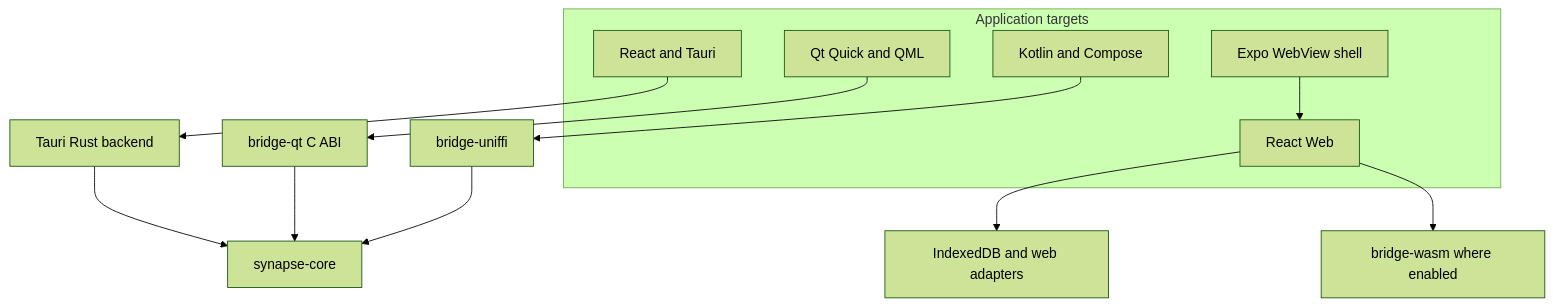
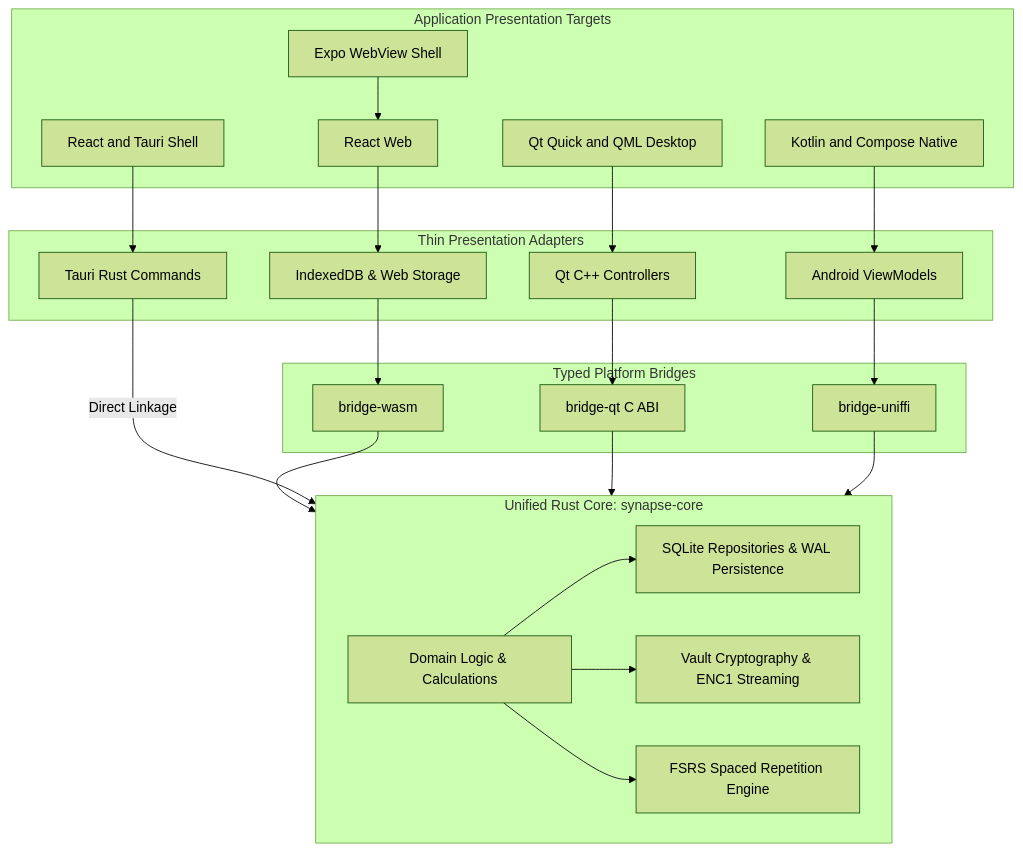
Before and after one commit to Vinicius-DEV1/synapse: the diagram in README.md, drawn with Mermaid (forest theme). The commit also changed other lines of this file and 18 other files, not shown here.

First line of the commit message:
docs(arch): define unified core SSOT guidelines and deduplication blueprint

````diff
--- a/README.md
+++ b/README.md
@@ -80,19 +80,51 @@
 ```mermaid
 flowchart TB
-  subgraph Apps[Application targets]
+  subgraph Apps[Application Presentation Targets]
     Web[React Web]
-    Tauri[React and Tauri]
-    Qt[Qt Quick and QML]
-    Android[Kotlin and Compose]
-    Shell[Expo WebView shell]
+    Tauri[React and Tauri Shell]
+    Qt[Qt Quick and QML Desktop]
+    Android[Kotlin and Compose Native]
+    Shell[Expo WebView Shell]
   end
-  Web --> WebAdapters[IndexedDB and web adapters]
-  Tauri --> TauriBackend[Tauri Rust backend]
-  Qt --> QtBridge[bridge-qt C ABI]
-  Android --> AndroidBridge[bridge-uniffi]
+
+  subgraph Orchestration[Thin Presentation Adapters]
+    TauriBackend[Tauri Rust Commands]
+    QtControllers[Qt C++ Controllers]
+    AndroidVM[Android ViewModels]
+    WebAdapters[IndexedDB & Web Storage]
+  end
+
+  subgraph Bridges[Typed Platform Bridges]
+    QtBridge[bridge-qt C ABI]
+    AndroidBridge[bridge-uniffi]
+    WasmBridge[bridge-wasm]
+  end
+
+  subgraph Core[Unified Rust Core: synapse-core]
+    DomainServices[Domain Logic & Calculations]
+    Repo[SQLite Repositories & WAL Persistence]
+    Crypto[Vault Cryptography & ENC1 Streaming]
+    FSRS[FSRS Spaced Repetition Engine]
+  end
+
+  Web --> WebAdapters
+  WebAdapters --> WasmBridge
+  WasmBridge --> Core
+
   Shell --> Web
-  TauriBackend --> Core[synapse-core]
+
+  Tauri --> TauriBackend
+  TauriBackend -->|Direct Linkage| Core
+
+  Qt --> QtControllers
+  QtControllers --> QtBridge
   QtBridge --> Core
+
+  Android --> AndroidVM
+  AndroidVM --> AndroidBridge
   AndroidBridge --> Core
-  Web --> WasmBridge[bridge-wasm where enabled]
+
+  DomainServices --> Repo
+  DomainServices --> Crypto
+  DomainServices --> FSRS
 ```
````
